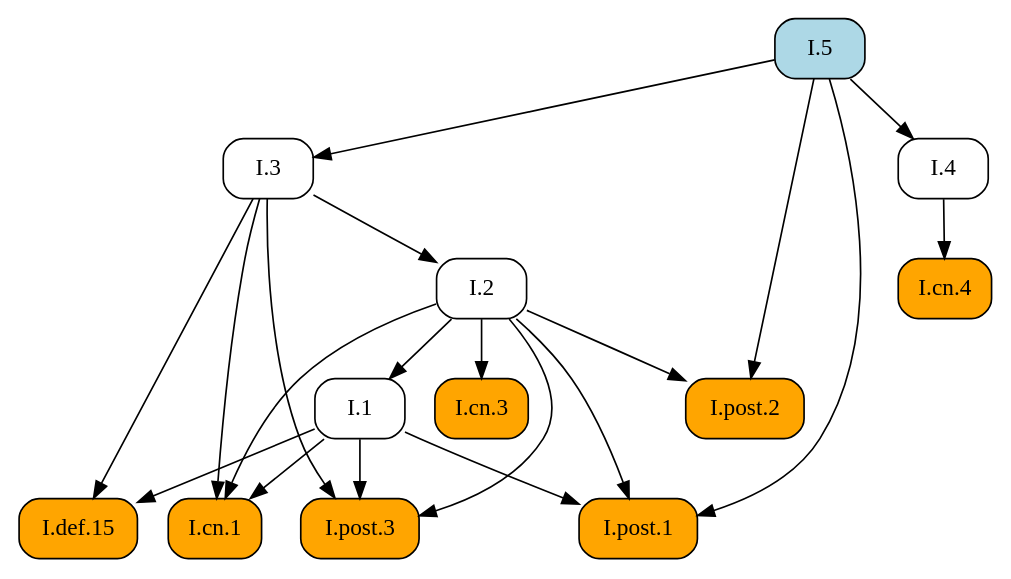
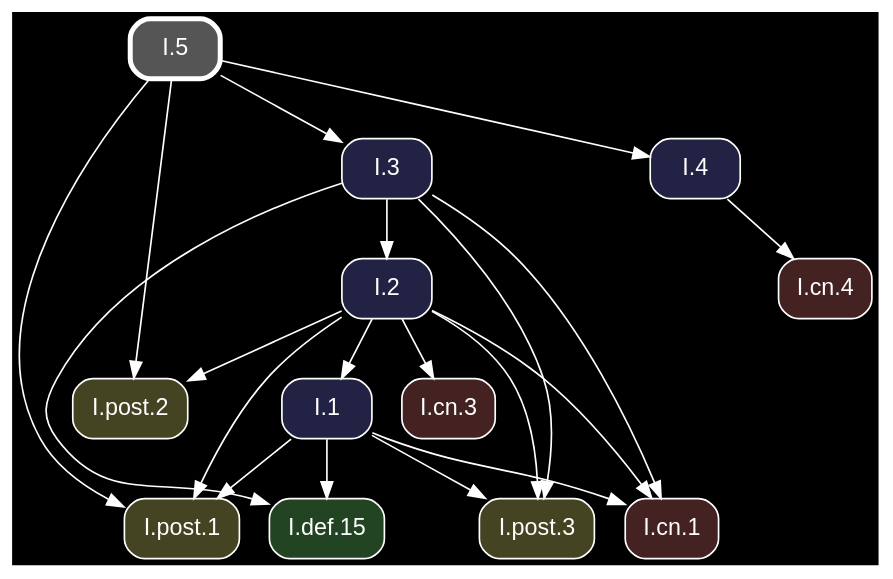
One commit to geometor/elements changed the diagram in docsrc/heath/I/5/index.rst. Above: the diagram before and after it, drawn with Graphviz. The commit also changed other lines of this file and 1200 other files, not shown here.

Commit message:
update dependency graphs

```diff
--- a/docsrc/heath/I/5/index.rst
+++ b/docsrc/heath/I/5/index.rst
@@ -117,37 +117,39 @@
 .. graphviz::
 
    digraph {
+     bgcolor="black";
+     node [shape=box, style="rounded,filled", fontname="Helvetica", color="white", fontcolor="white"];
+     edge [color="white", fontcolor="white"];
      rankdir="TB";
-     node [shape=box, style=rounded];
-     "I.cn.1" [style="rounded,filled", fillcolor=orange, URL="/heath/I/cn.1/", target="_top"];
-     "I.2" [URL="/heath/I/2/", target="_top"];
-     "I.def.15" [style="rounded,filled", fillcolor=orange, URL="/heath/I/def.15/", target="_top"];
-     "I.4" [URL="/heath/I/4/", target="_top"];
-     "I.cn.4" [style="rounded,filled", fillcolor=orange, URL="/heath/I/cn.4/", target="_top"];
-     "I.1" [URL="/heath/I/1/", target="_top"];
-     "I.post.2" [style="rounded,filled", fillcolor=orange, URL="/heath/I/post.2/", target="_top"];
-     "I.post.1" [style="rounded,filled", fillcolor=orange, URL="/heath/I/post.1/", target="_top"];
-     "I.post.3" [style="rounded,filled", fillcolor=orange, URL="/heath/I/post.3/", target="_top"];
-     "I.5" [style="rounded,filled", fillcolor=lightblue, URL="/heath/I/5/", target="_top"];
-     "I.cn.3" [style="rounded,filled", fillcolor=orange, URL="/heath/I/cn.3/", target="_top"];
-     "I.3" [URL="/heath/I/3/", target="_top"];
+     "I.1" [fillcolor="#222244", URL="/heath/I/1/", target="_top"];
+     "I.post.2" [fillcolor="#444422", URL="/heath/I/post.2/", target="_top"];
+     "I.3" [fillcolor="#222244", URL="/heath/I/3/", target="_top"];
+     "I.post.1" [fillcolor="#444422", URL="/heath/I/post.1/", target="_top"];
+     "I.cn.1" [fillcolor="#442222", URL="/heath/I/cn.1/", target="_top"];
+     "I.post.3" [fillcolor="#444422", URL="/heath/I/post.3/", target="_top"];
+     "I.4" [fillcolor="#222244", URL="/heath/I/4/", target="_top"];
+     "I.cn.3" [fillcolor="#442222", URL="/heath/I/cn.3/", target="_top"];
+     "I.def.15" [fillcolor="#224422", URL="/heath/I/def.15/", target="_top"];
+     "I.2" [fillcolor="#222244", URL="/heath/I/2/", target="_top"];
+     "I.5" [penwidth=3, color="white", fillcolor="#555555", URL="/heath/I/5/", target="_top"];
+     "I.cn.4" [fillcolor="#442222", URL="/heath/I/cn.4/", target="_top"];
+     "I.2" -> "I.1";
+     "I.2" -> "I.post.2";
+     "I.5" -> "I.post.2";
+     "I.5" -> "I.3";
+     "I.1" -> "I.post.1";
+     "I.2" -> "I.post.1";
+     "I.5" -> "I.post.1";
      "I.1" -> "I.cn.1";
      "I.2" -> "I.cn.1";
      "I.3" -> "I.cn.1";
-     "I.3" -> "I.2";
-     "I.1" -> "I.def.15";
-     "I.3" -> "I.def.15";
-     "I.5" -> "I.4";
-     "I.4" -> "I.cn.4";
-     "I.2" -> "I.1";
-     "I.2" -> "I.post.2";
-     "I.5" -> "I.post.2";
-     "I.1" -> "I.post.1";
-     "I.2" -> "I.post.1";
-     "I.5" -> "I.post.1";
      "I.1" -> "I.post.3";
      "I.2" -> "I.post.3";
      "I.3" -> "I.post.3";
+     "I.5" -> "I.4";
      "I.2" -> "I.cn.3";
-     "I.5" -> "I.3";
+     "I.1" -> "I.def.15";
+     "I.3" -> "I.def.15";
+     "I.3" -> "I.2";
+     "I.4" -> "I.cn.4";
    }
```
